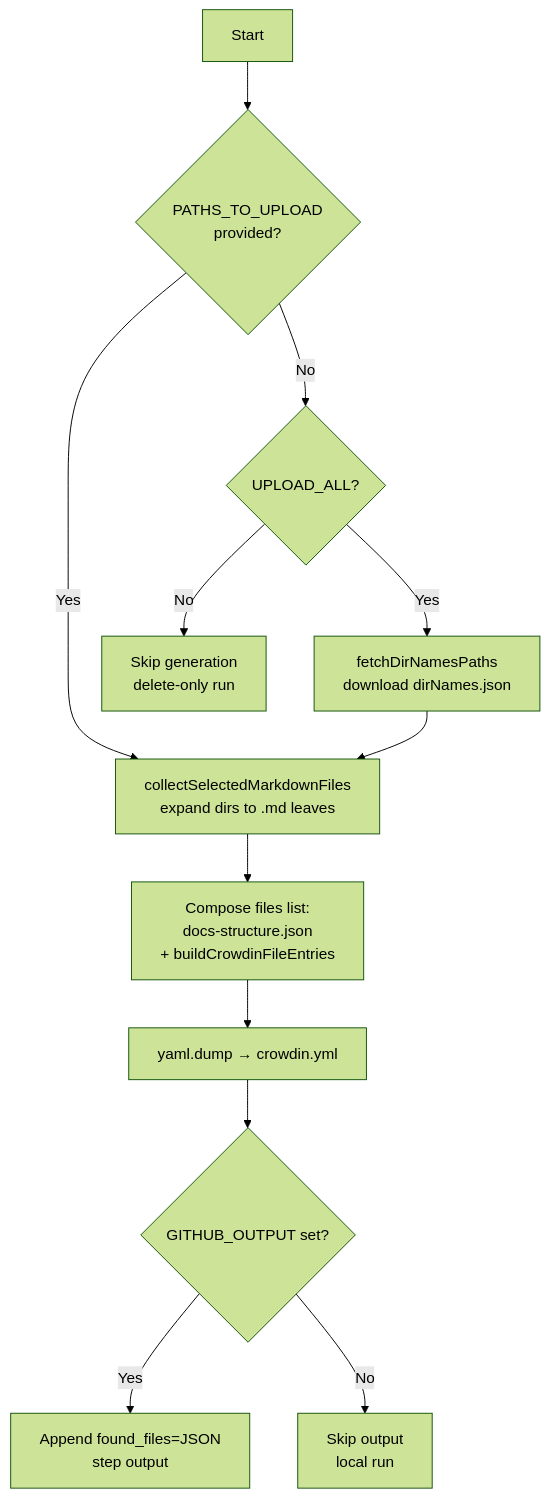
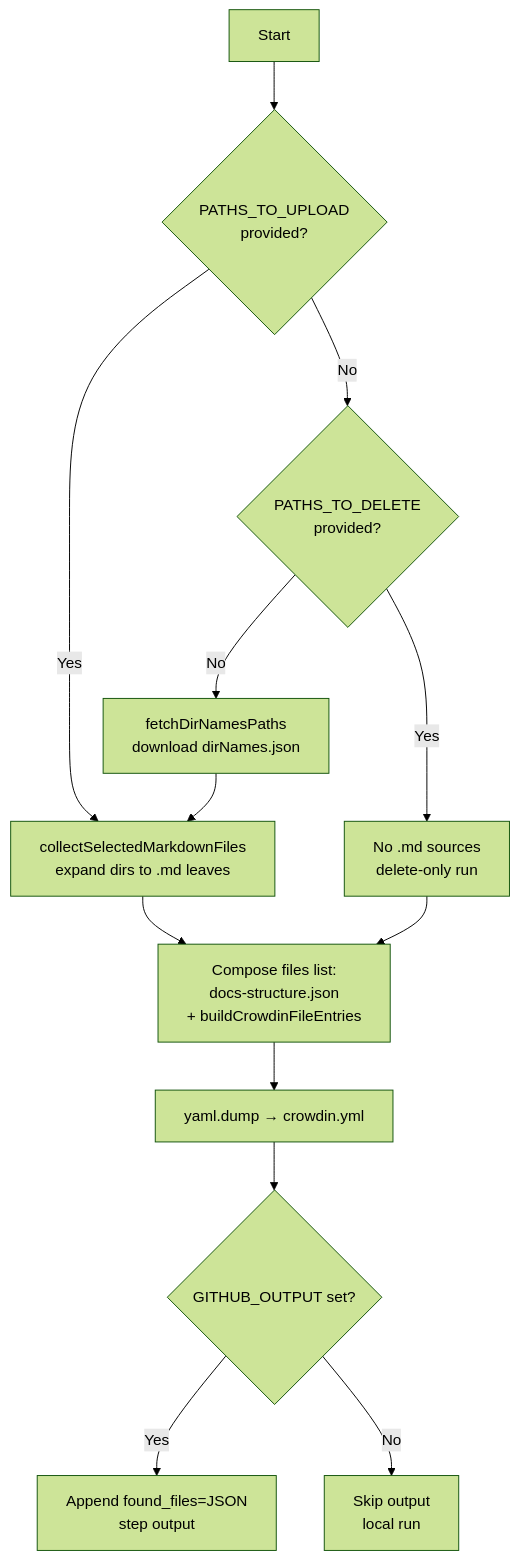
The fourth of 5 diagrams in upload_sources_to_crowdin_workflow.md (pagopa/devportal-docs), drawn with Mermaid (forest theme) before and after one commit. The commit also changed other lines of this file and 5 other files, not shown here.

Commit message:
chore: refine upload_sources_to_crowdin workflow inputs and documentation for clarity

````diff
--- a/upload_sources_to_crowdin_workflow.md
+++ b/upload_sources_to_crowdin_workflow.md
@@ -183,14 +187,15 @@
 ```mermaid
 flowchart TD
     A[Start] --> B{PATHS_TO_UPLOAD<br/>provided?}
     B -- Yes --> C[collectSelectedMarkdownFiles<br/>expand dirs to .md leaves]
-    B -- No --> U{UPLOAD_ALL?}
-    U -- Yes --> N[fetchDirNamesPaths<br/>download dirNames.json]
-    U -- No --> X[Skip generation<br/>delete-only run]
+    B -- No --> U{PATHS_TO_DELETE<br/>provided?}
+    U -- Yes --> X[No .md sources<br/>delete-only run]
+    U -- No --> N[fetchDirNamesPaths<br/>download dirNames.json]
     N --> C
     C --> E[Compose files list:<br/>docs-structure.json<br/>+ buildCrowdinFileEntries]
+    X --> E
     E --> F[yaml.dump → crowdin.yml]
     F --> G{GITHUB_OUTPUT set?}
     G -- Yes --> H[Append found_files=JSON<br/>step output]
     G -- No --> I[Skip output<br/>local run]
 ```
````
